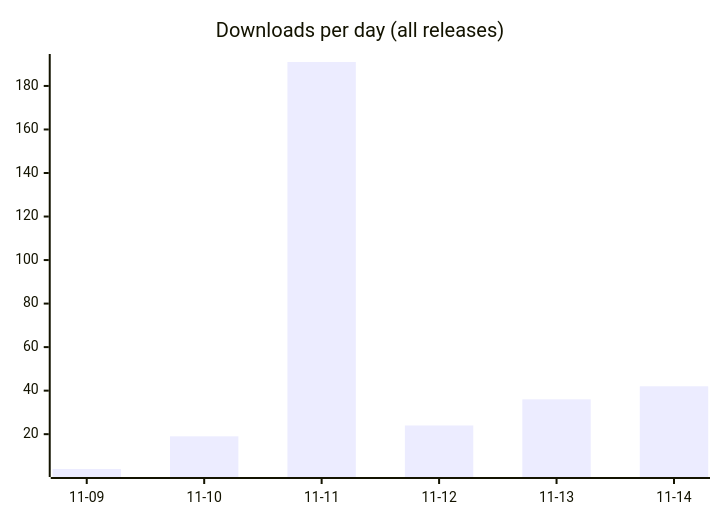
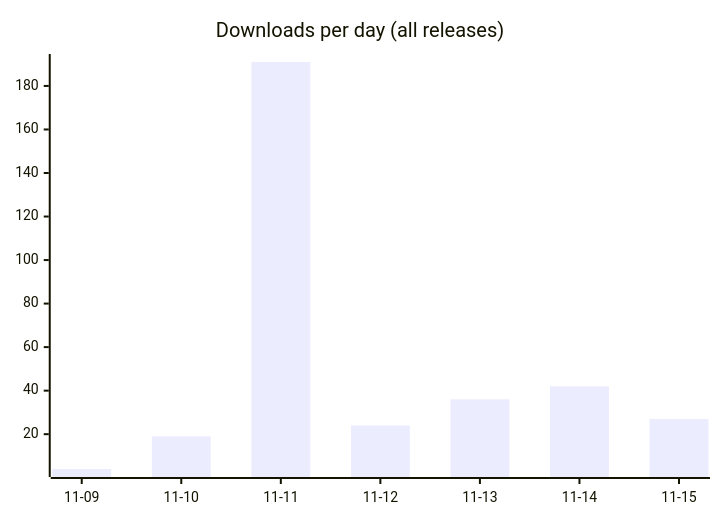
The first of 2 diagrams in README.md (fmadore/Live-translation), drawn with Mermaid before and after one commit. The commit also changed other lines of this file and 3 other files, not shown here.

````diff
--- a/README.md
+++ b/README.md
@@ -55,6 +55,6 @@
 ```mermaid
 xychart-beta
     title "Downloads per day (all releases)"
-    x-axis ["11-09", "11-10", "11-11", "11-12", "11-13", "11-14"]
-    bar [4, 19, 191, 24, 36, 42]
+    x-axis ["11-09", "11-10", "11-11", "11-12", "11-13", "11-14", "11-15"]
+    bar [4, 19, 191, 24, 36, 42, 27]
 ```
````
